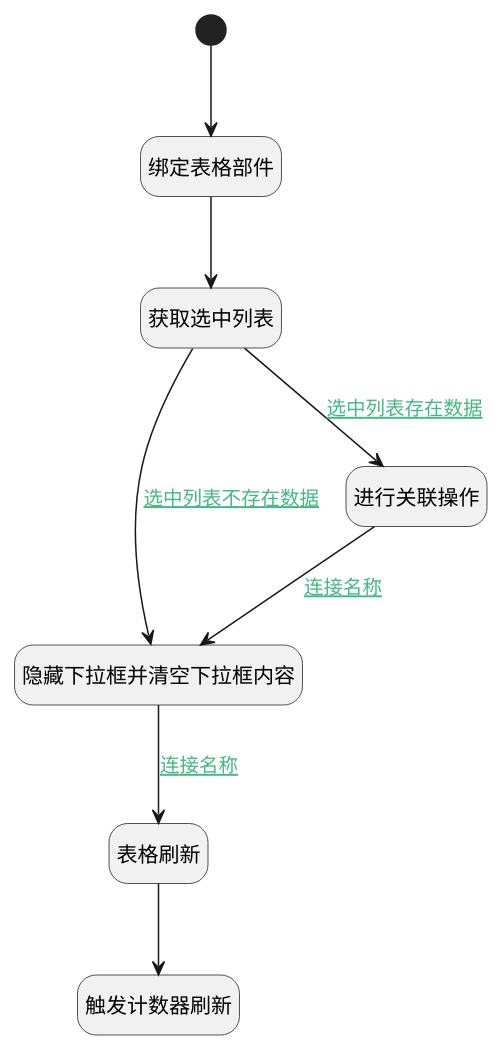
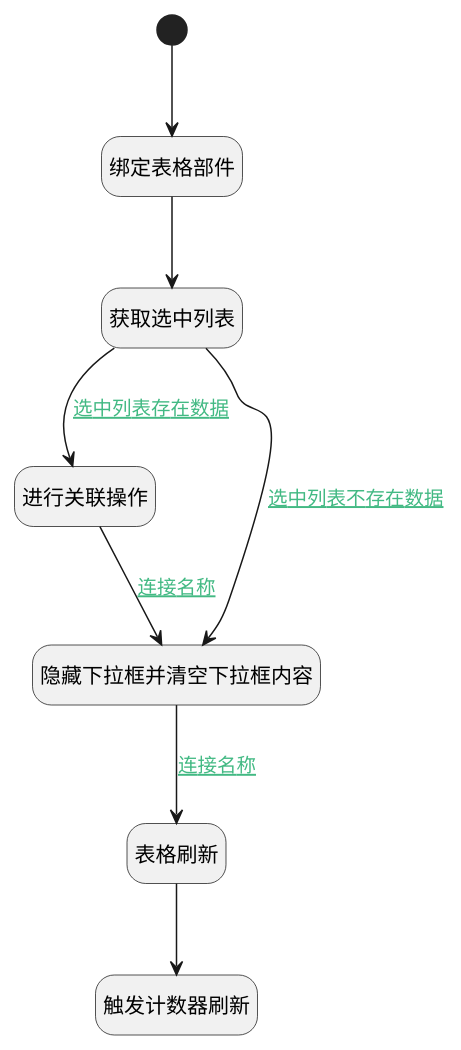
One commit to iBizLab/plm changed the diagram in doc/docsify/module/ProjMgmt/work_item/uilogic/idea_relation_work_item.md. Above: the diagram before and after it, drawn with PlantUML. The commit also changed other lines of this file and 1473 other files, not shown here.

````diff
--- a/doc/docsify/module/ProjMgmt/work_item/uilogic/idea_relation_work_item.md
+++ b/doc/docsify/module/ProjMgmt/work_item/uilogic/idea_relation_work_item.md
@@ -7,30 +7,30 @@
 ```plantuml
 @startuml
 hide footbox
 <style>
 root {
   HyperlinkColor #42b983
 }
 </style>
 
 hide empty description
 state "开始" as Begin <<start>> [[$./idea_relation_work_item#begin {开始}]]
+state "进行关联操作" as DEACTION1  [[$./idea_relation_work_item#deaction1 {进行关联操作}]]
 state "隐藏下拉框并清空下拉框内容" as RAWJSCODE1  [[$./idea_relation_work_item#rawjscode1 {隐藏下拉框并清空下拉框内容}]]
-state "触发计数器刷新" as RAWJSCODE3  [[$./idea_relation_work_item#rawjscode3 {触发计数器刷新}]]
+state "获取选中列表" as RAWJSCODE2  [[$./idea_relation_work_item#rawjscode2 {获取选中列表}]]
 state "绑定表格部件" as PREPAREJSPARAM1  [[$./idea_relation_work_item#preparejsparam1 {绑定表格部件}]]
 state "表格刷新" as VIEWCTRLINVOKE1  [[$./idea_relation_work_item#viewctrlinvoke1 {表格刷新}]]
-state "获取选中列表" as RAWJSCODE2  [[$./idea_relation_work_item#rawjscode2 {获取选中列表}]]
-state "进行关联操作" as DEACTION1  [[$./idea_relation_work_item#deaction1 {进行关联操作}]]
+state "触发计数器刷新" as RAWJSCODE3  [[$./idea_relation_work_item#rawjscode3 {触发计数器刷新}]]
 
 
 Begin --> PREPAREJSPARAM1
 PREPAREJSPARAM1 --> RAWJSCODE2
 RAWJSCODE2 --> DEACTION1 : [[$./idea_relation_work_item#rawjscode2-deaction1{选中列表存在数据} 选中列表存在数据]]
 DEACTION1 --> RAWJSCODE1 : [[$./idea_relation_work_item#deaction1-rawjscode1{连接名称} 连接名称]]
 RAWJSCODE1 --> VIEWCTRLINVOKE1 : [[$./idea_relation_work_item#rawjscode1-viewctrlinvoke1{连接名称} 连接名称]]
 VIEWCTRLINVOKE1 --> RAWJSCODE3
 RAWJSCODE2 --> RAWJSCODE1 : [[$./idea_relation_work_item#rawjscode2-rawjscode1{选中列表不存在数据} 选中列表不存在数据]]
 
 
 @enduml
 ```
````
